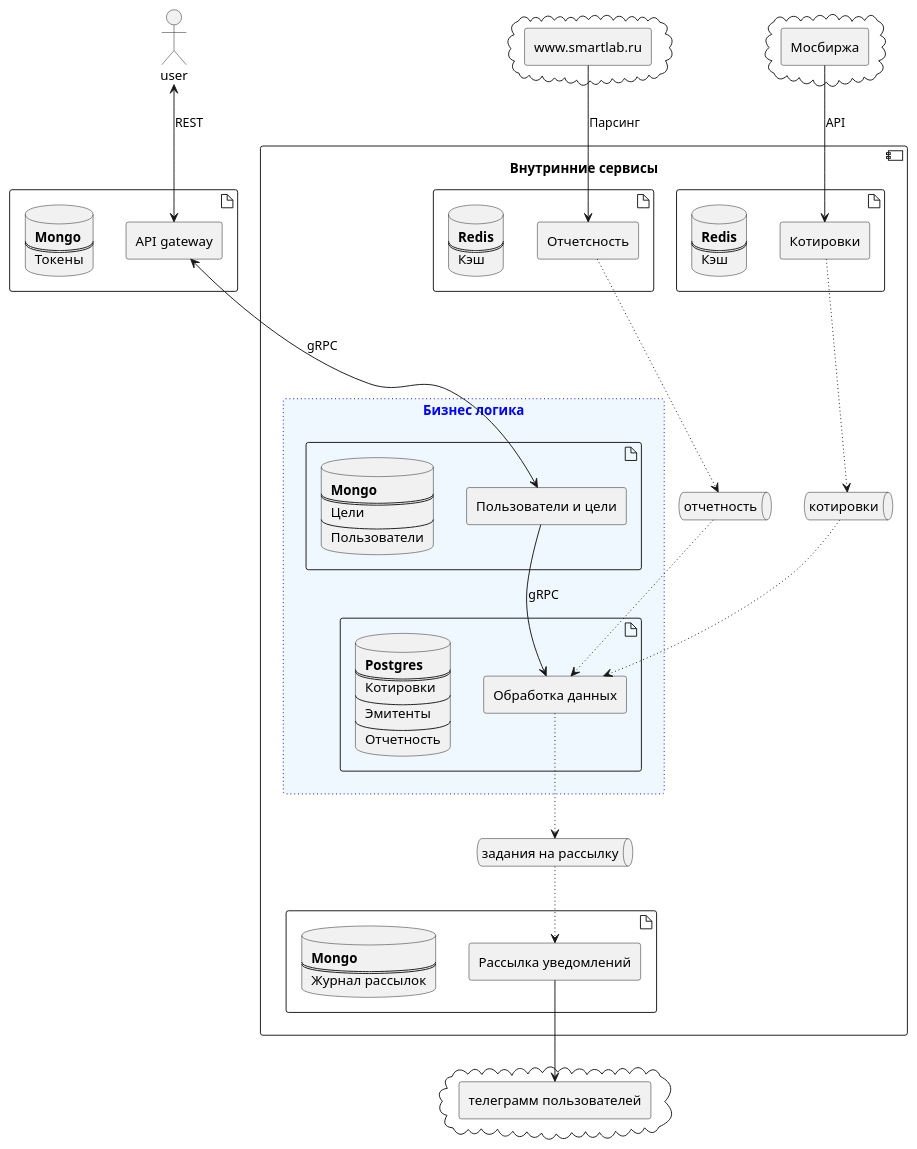
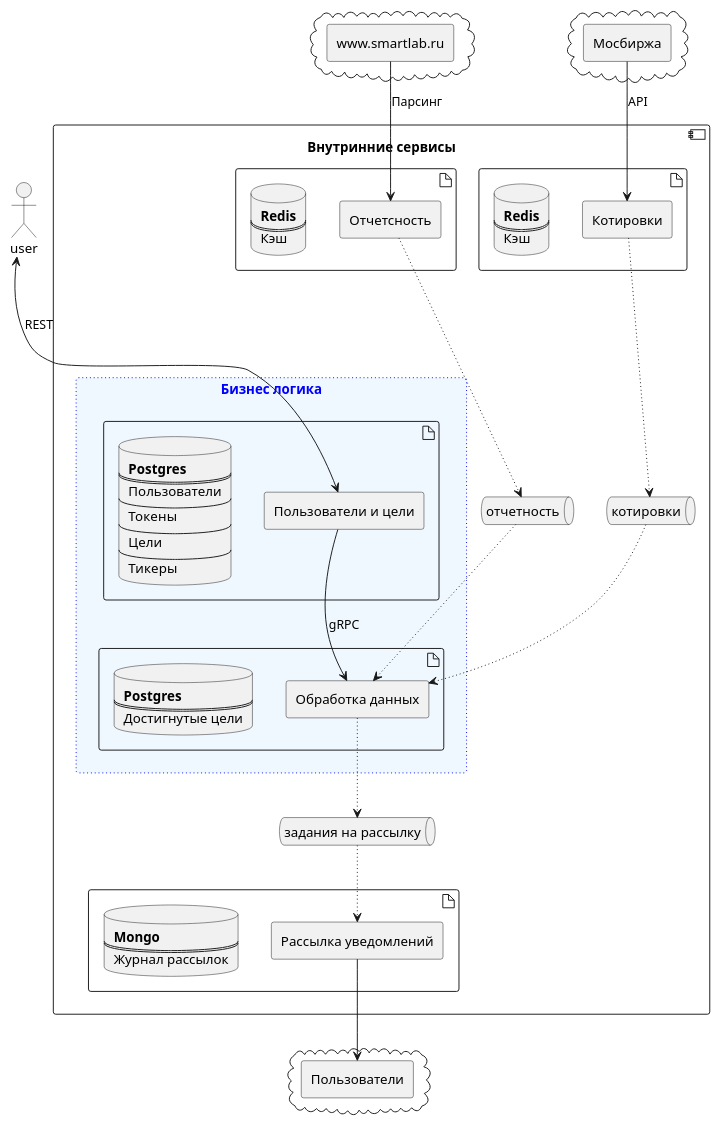
One commit to akolobaha/fin_quotes changed the diagram in README.md. Above: the diagram before and after it, drawn with PlantUML. The commit also changed 3 other files, not shown here.

````diff
--- a/README.md
+++ b/README.md
@@ -47,11 +47,7 @@
             database database_processing [
                 <b>Postgres
                 ====
-                Котировки
-                ----
-                Эмитенты
-                ----
-                Отчетность
+                Достигнутые цели
             ]
         }
         
@@ -60,11 +56,15 @@
             agent "Пользователи и цели" as users_service 
             
             database database_user [
-                <b>Mongo
+                <b>Postgres
                 ====
+                Пользователи
+                ----
+                Токены
+                ----
                 Цели
                 ----
-                Пользователи
+                Тикеры
             ]
         }
     }
@@ -98,21 +98,14 @@
     agent "www.smartlab.ru" as externalData
 }
 
-artifact { 
-    agent "API gateway" as api_gateway
-    database database_auth[
-        <b>Mongo
-        ====
-        Токены
-    ] 
-}
+
 
 cloud {
     agent "Мосбиржа" as market
 }
 
 cloud {
-    agent "телеграмм пользователей" as telegramm
+    agent "Пользователи" as telegramm
 }
 
 externalData --> parser: Парсинг
@@ -132,7 +125,7 @@
 
 notification-->telegramm
 
-api_gateway <---> users_service : gRPC
-actor <--> api_gateway : REST
+
+actor <---> users_service : REST
 @enduml
 ```
````
